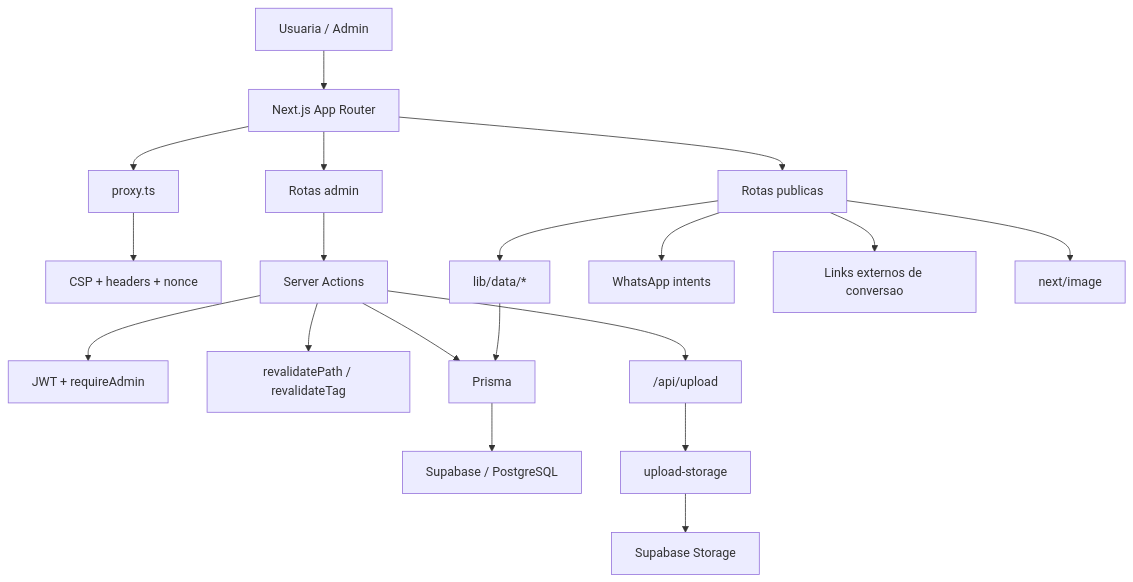
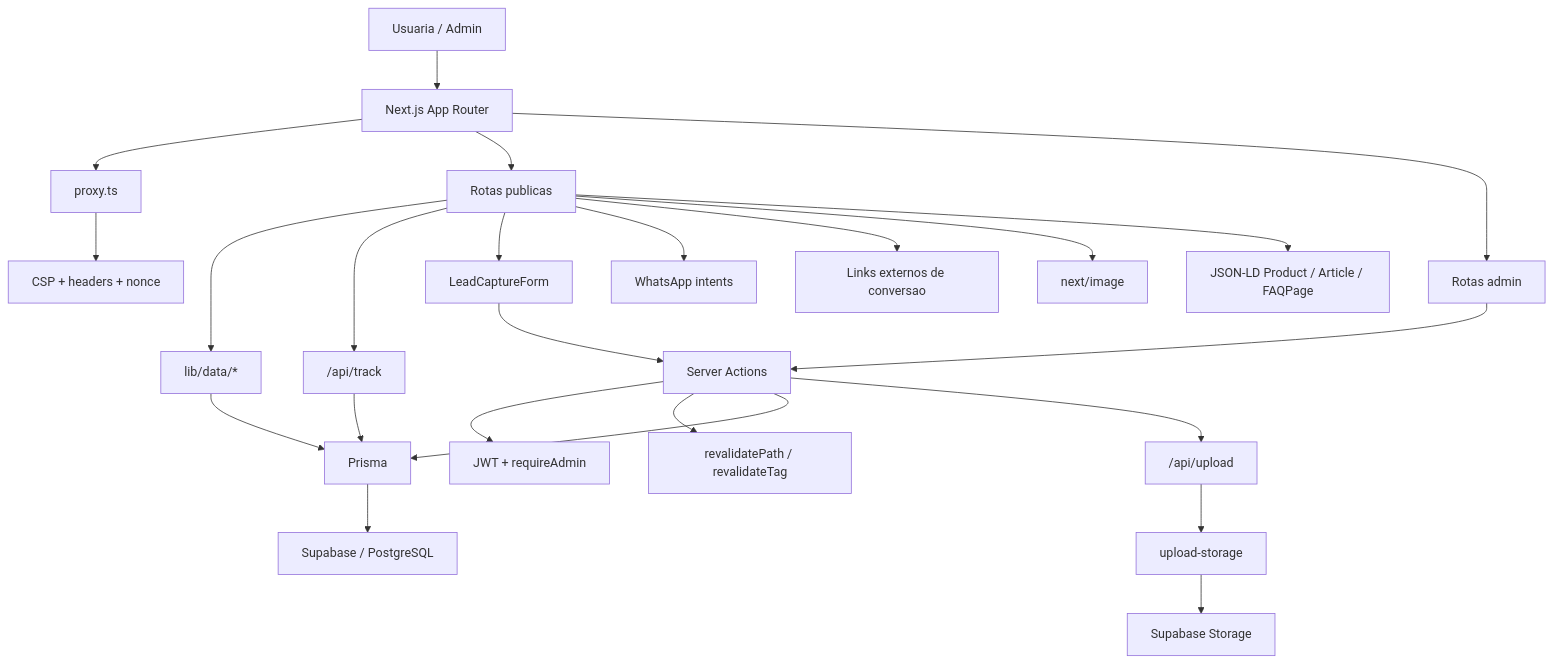
One commit to Jampras/Eliane-Marques changed the diagram in docs/DOCUMENTACAO_TECNICA_ELIANE_MARQUES.md. Above: the diagram before and after it, drawn with Mermaid. The commit also changed other lines of this file and 67 other files, not shown here.

Commit message:
feat: add analytics, lead capture, catalog filters and admin guide

````diff
--- a/docs/DOCUMENTACAO_TECNICA_ELIANE_MARQUES.md
+++ b/docs/DOCUMENTACAO_TECNICA_ELIANE_MARQUES.md
@@ -55,21 +56,26 @@
 ```mermaid
 flowchart TD
     U["Usuaria / Admin"] --> FE["Next.js App Router"]
     FE --> PROXY["proxy.ts"]
     PROXY --> SEC["CSP + headers + nonce"]
     FE --> PUB["Rotas publicas"]
     FE --> ADM["Rotas admin"]
     ADM --> ACT["Server Actions"]
     ACT --> AUTH["JWT + requireAdmin"]
     ACT --> CACHE["revalidatePath / revalidateTag"]
     PUB --> DATA["lib/data/*"]
     DATA --> PRISMA["Prisma"]
     ACT --> PRISMA
     PRISMA --> DB["Supabase / PostgreSQL"]
+    PUB --> TRACK["/api/track"]
+    TRACK --> PRISMA
     ACT --> UP["/api/upload"]
     UP --> ST["upload-storage"]
     ST --> SUPA["Supabase Storage"]
+    PUB --> LEAD["LeadCaptureForm"]
+    LEAD --> ACT
     PUB --> WA["WhatsApp intents"]
     PUB --> EXT["Links externos de conversao"]
     PUB --> IMG["next/image"]
+    PUB --> SEO["JSON-LD Product / Article / FAQPage"]
 ```
````
